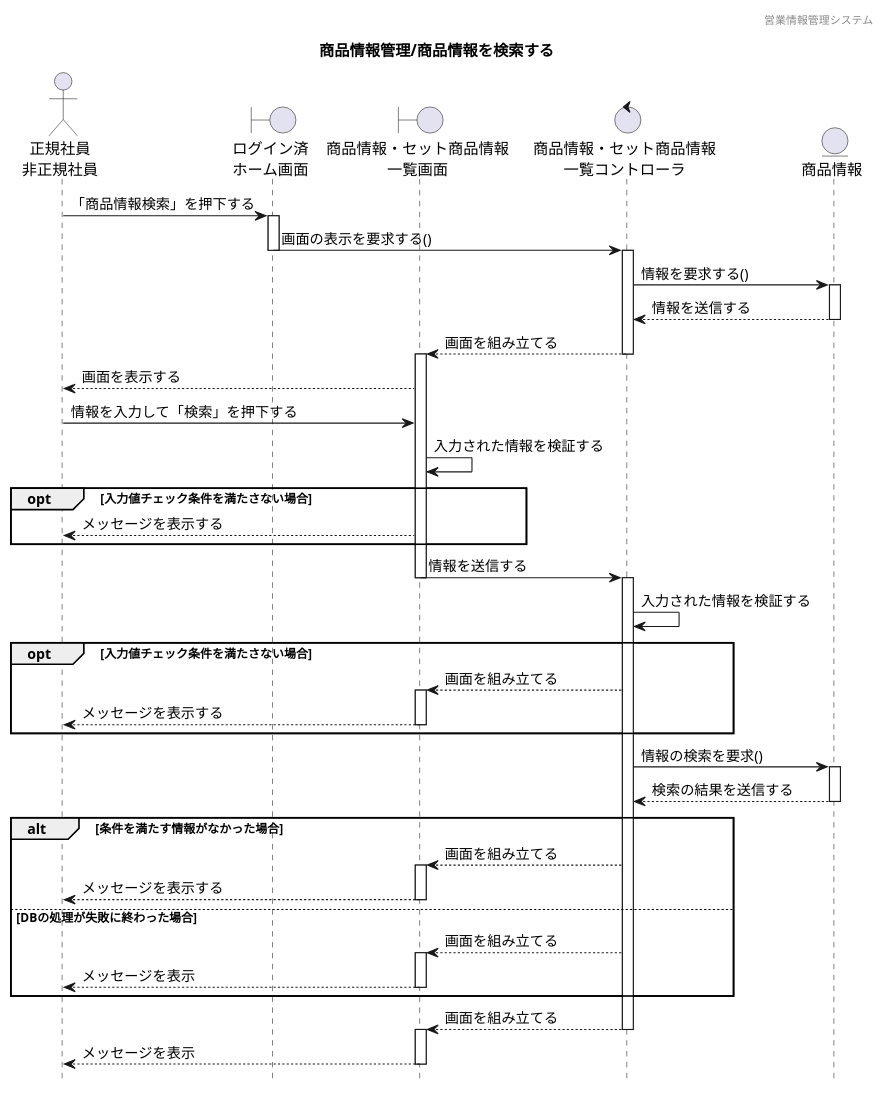
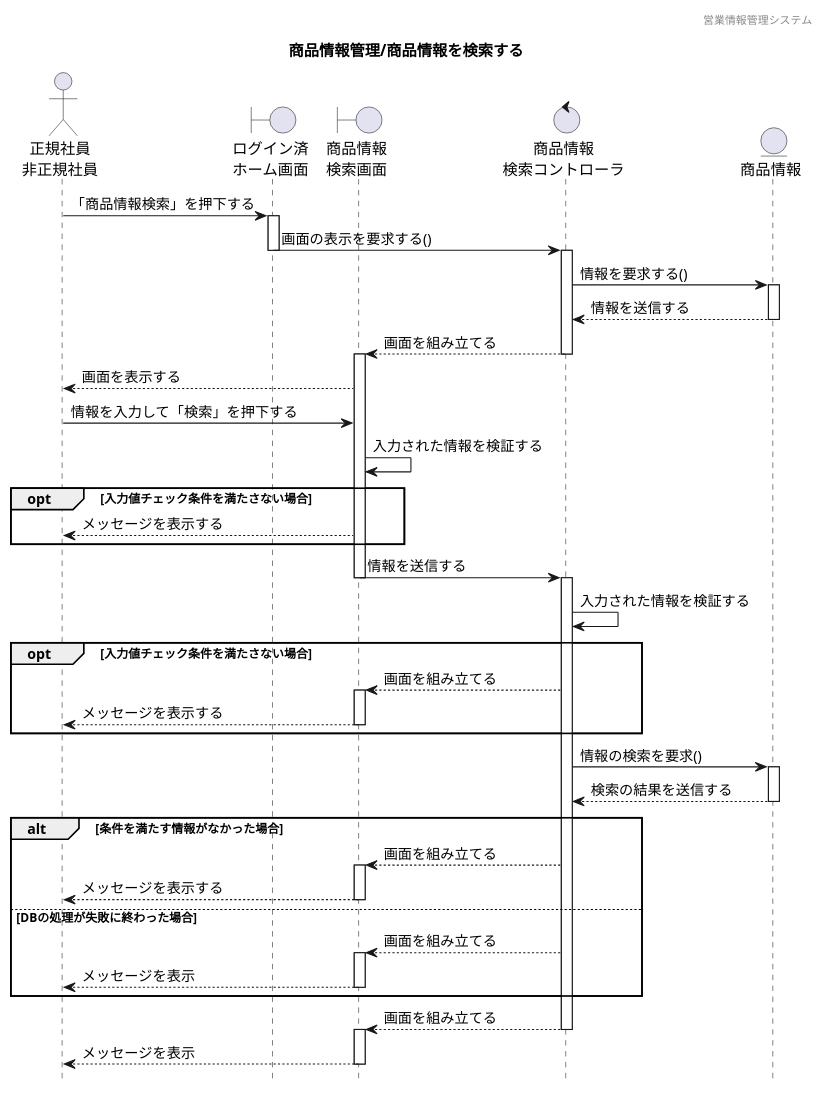
Before and after one commit to HaruShim/Sotuken: the diagram in 各種設計書/4シーケンス図/商品情報管理/2.検索機能/商品情報検索.plantuml, drawn with PlantUML. The commit also changed 2 other files, not shown here.

```diff
--- a/各種設計書/4シーケンス図/商品情報管理/2.検索機能/商品情報検索.plantuml
+++ b/各種設計書/4シーケンス図/商品情報管理/2.検索機能/商品情報検索.plantuml
@@ -1,70 +1,70 @@
 @startuml ../../images/検索機能/商品情報検索
 
 hide footbox
 header 営業情報管理システム
 title 商品情報管理/商品情報を検索する
 
 ' actor "" as a
 actor "正規社員\n非正規社員" as a1
 
 ' boundary "" as b
 boundary "ログイン済\nホーム画面" as b1
-boundary "商品情報・セット商品情報\n一覧画面" as b2
+boundary "商品情報\n検索画面" as b2
 
 ' control "" as c
-control "商品情報・セット商品情報\n一覧コントローラ" as c1
+control "商品情報\n検索コントローラ" as c1
 
 ' entity "" as e
 entity "商品情報" as e1
 
 a1 -> b1 : 「商品情報検索」を押下する
 activate b1
 b1 -> c1 : 画面の表示を要求する()
 deactivate b1
 activate c1
 c1 -> e1 : 情報を要求する()
 activate e1
 e1 --> c1 : 情報を送信する
 deactivate e1
 c1 --> b2 : 画面を組み立てる
 deactivate c1
 activate b2
 b2 --> a1 : 画面を表示する
 a1 -> b2 : 情報を入力して「検索」を押下する
 b2 -> b2 : 入力された情報を検証する
 opt 入力値チェック条件を満たさない場合
 b2 --> a1 : メッセージを表示する
 end
 b2 -> c1 : 情報を送信する
 deactivate b2
 activate c1
 c1 -> c1 : 入力された情報を検証する
 opt 入力値チェック条件を満たさない場合
 c1 --> b2 : 画面を組み立てる
 activate b2
 b2 --> a1 : メッセージを表示する
 deactivate b2
 end
 c1 -> e1 : 情報の検索を要求()
 activate e1
 e1 --> c1 : 検索の結果を送信する
 deactivate e1
 alt 条件を満たす情報がなかった場合
 c1 --> b2 : 画面を組み立てる
 activate b2
 b2 --> a1 : メッセージを表示する
 deactivate b2
 else DBの処理が失敗に終わった場合
 c1 --> b2 : 画面を組み立てる
 activate b2
 b2 --> a1 : メッセージを表示 
 deactivate b2
 end
 c1 --> b2 : 画面を組み立てる
 deactivate c1
 activate b2
 b2 --> a1 : メッセージを表示
 deactivate b2
 
 
 @enduml
```
